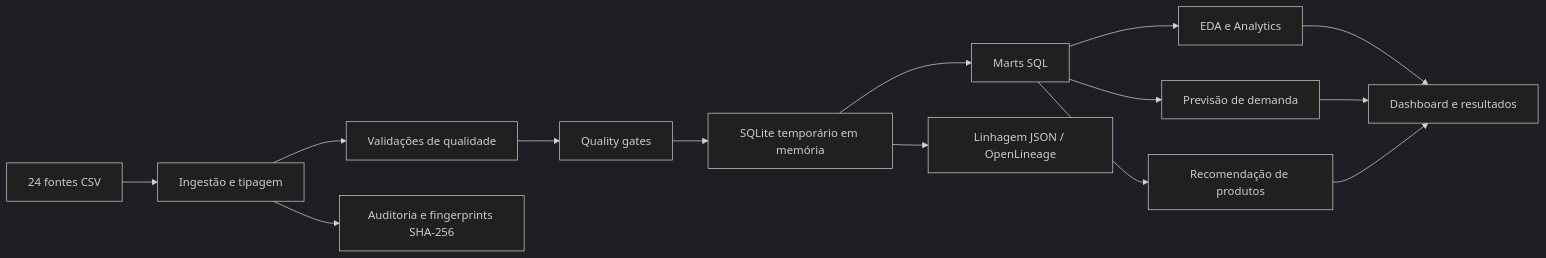
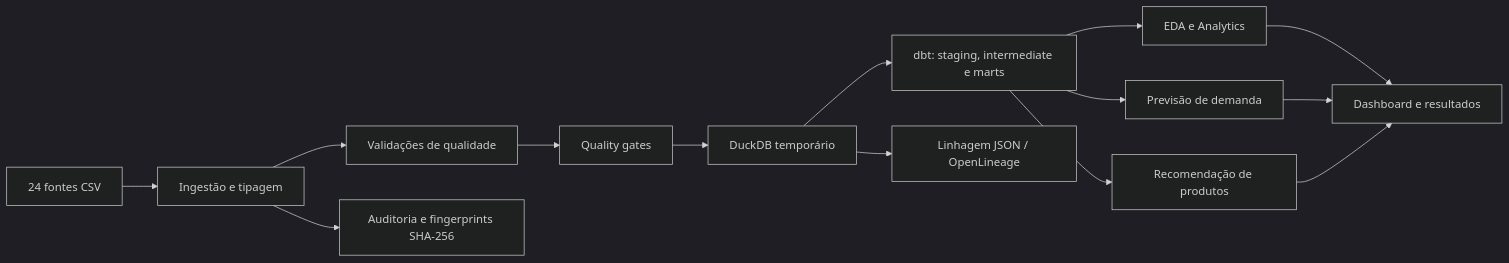
Before and after one commit to josieleferreira/retail_data_platform: the diagram in README.md, drawn with Mermaid (dark theme). The commit also changed other lines of this file and 53 other files, not shown here.

````diff
--- a/README.md
+++ b/README.md
@@ -13,16 +13,16 @@
 ```mermaid
 flowchart LR
     A["24 fontes CSV"] --> B["Ingestão e tipagem"]
     B --> C["Validações de qualidade"]
     C --> Q["Quality gates"]
-    Q --> D["SQLite temporário em memória"]
-    D --> E["Marts SQL"]
+    Q --> D["DuckDB temporário"]
+    D --> E["dbt: staging, intermediate e marts"]
     E --> F["EDA e Analytics"]
     E --> G["Previsão de demanda"]
     E --> H["Recomendação de produtos"]
     F --> I["Dashboard e resultados"]
     G --> I
     H --> I
     B --> J["Auditoria e fingerprints SHA-256"]
     D --> K["Linhagem JSON / OpenLineage"]
 ```
````
